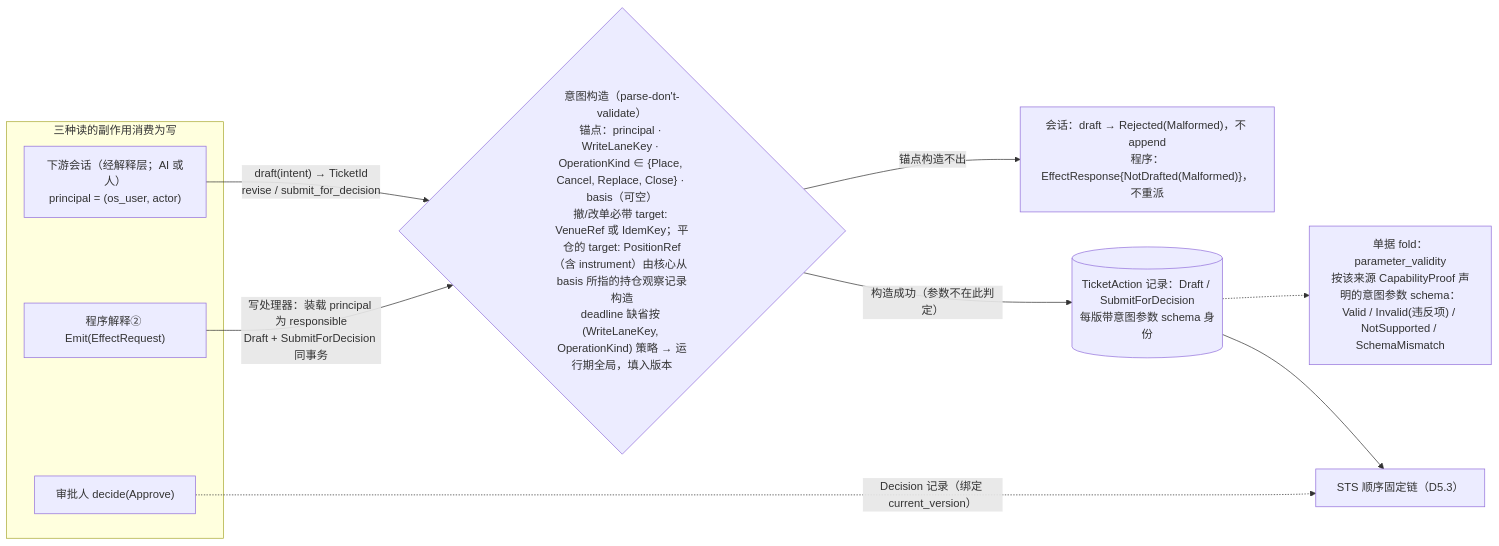
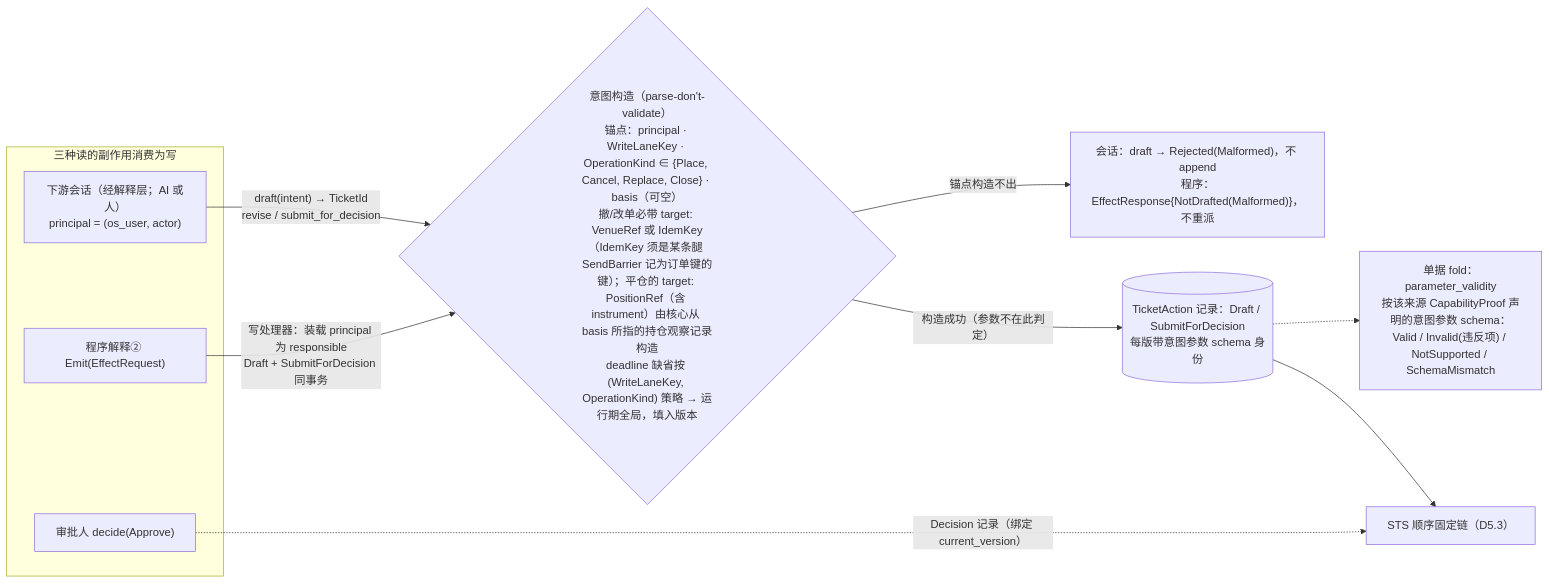
One commit to mouriya-s-lab/uta changed the second of 6 diagrams in design/diagrams/05-ticket-and-sts.md. Above: the diagram before and after it, drawn with Mermaid. The commit also changed other lines of this file and 14 other files, not shown here.

Commit message:
design: write/lifecycle gaps — declared leg plans for Replace with per-leg keys and channels, target-kind capability for cancel/replace/close, TargetTerminal record, Halted and counters retained, session-state ownership in uses graph

````diff
--- a/design/diagrams/05-ticket-and-sts.md
+++ b/design/diagrams/05-ticket-and-sts.md
@@ -58,16 +58,16 @@
 ```mermaid
 flowchart LR
   subgraph SRC["三种读的副作用消费为写"]
     AI["下游会话（经解释层；AI 或人）<br/>principal = (os_user, actor)"]
     PROG["程序解释② Emit(EffectRequest)"]
     APPR["审批人 decide(Approve)"]
   end
   AI -->|"draft(intent) → TicketId<br/>revise / submit_for_decision"| NORM
   PROG -->|"写处理器：装载 principal 为 responsible<br/>Draft + SubmitForDecision 同事务"| NORM
-  NORM{"意图构造（parse-don't-validate）<br/>锚点：principal · WriteLaneKey · OperationKind ∈ {Place, Cancel, Replace, Close} · basis（可空）<br/>撤/改单必带 target: VenueRef 或 IdemKey；平仓的 target: PositionRef（含 instrument）由核心从 basis 所指的持仓观察记录构造<br/>deadline 缺省按 (WriteLaneKey, OperationKind) 策略 → 运行期全局，填入版本"}
+  NORM{"意图构造（parse-don't-validate）<br/>锚点：principal · WriteLaneKey · OperationKind ∈ {Place, Cancel, Replace, Close} · basis（可空）<br/>撤/改单必带 target: VenueRef 或 IdemKey（IdemKey 须是某条腿 SendBarrier 记为订单键的键）；平仓的 target: PositionRef（含 instrument）由核心从 basis 所指的持仓观察记录构造<br/>deadline 缺省按 (WriteLaneKey, OperationKind) 策略 → 运行期全局，填入版本"}
   NORM -->|"锚点构造不出"| MAL["会话：draft → Rejected(Malformed)，不 append<br/>程序：EffectResponse{NotDrafted(Malformed)}，不重派"]
   NORM -->|"构造成功（参数不在此判定）"| TK[("TicketAction 记录：Draft / SubmitForDecision<br/>每版带意图参数 schema 身份")]
   TK -.-> PV["单据 fold：parameter_validity<br/>按该来源 CapabilityProof 声明的意图参数 schema：Valid / Invalid(违反项) / NotSupported / SchemaMismatch"]
   TK --> STS["STS 顺序固定链（D5.3）"]
   APPR -.->|"Decision 记录（绑定 current_version）"| STS
 ```
````
